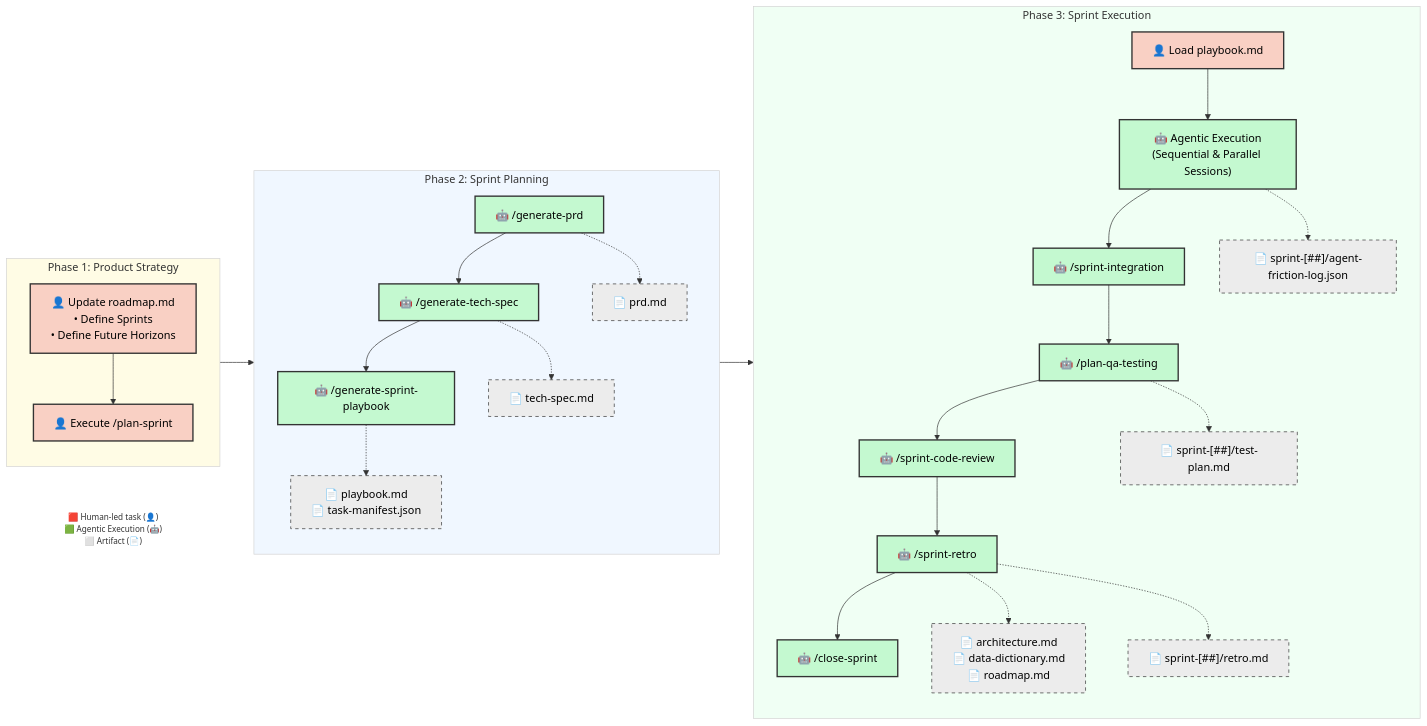
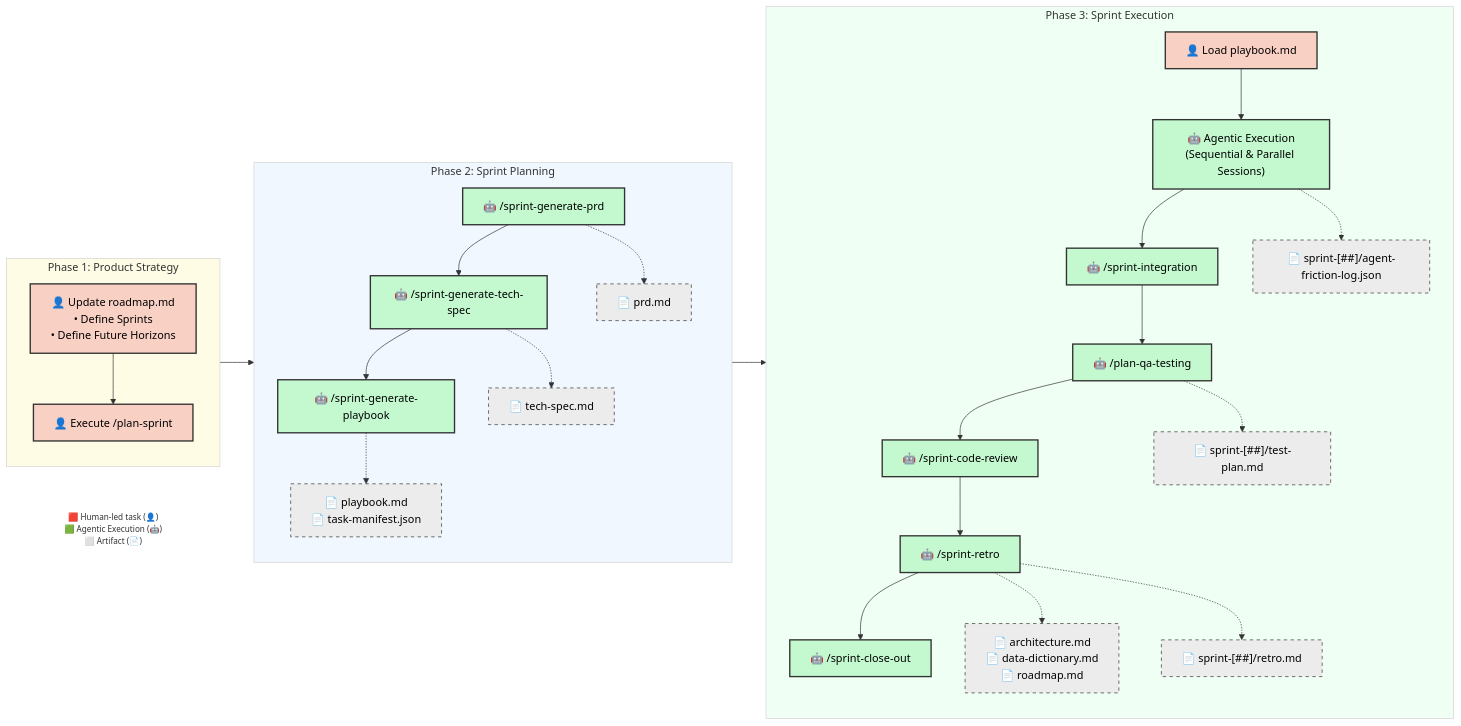
Before and after one commit to dsj1984/agent-protocols: the diagram in .agents/SDLC.md, drawn with Mermaid. The commit also changed other lines of this file and 33 other files, not shown here.

````diff
--- a/.agents/SDLC.md
+++ b/.agents/SDLC.md
@@ -22,64 +22,64 @@
 ```mermaid
     graph LR
     classDef manual fill:#f9d0c4,stroke:#333,stroke-width:2px,color:#000;
     classDef agentic fill:#c4f9d0,stroke:#333,stroke-width:2px,color:#000;
     classDef artifact fill:#ececec,stroke:#333,stroke-width:1px,stroke-dasharray: 5 5,color:#000;
     classDef LegendNode fill:transparent,stroke:transparent,font-size:12px;
 
     %% Legend
     Legend["🟥 Human-led task (👤)<br/>🟩 Agentic Execution (🤖)<br/>⬜ Artifact (📄)"]:::LegendNode
 
     %% Phase 1: Product Strategy
     subgraph Phase1 ["Phase 1: Product Strategy"]
         direction TB
         B["👤 Update roadmap.md<br/>• Define Sprints<br/>• Define Future Horizons"]:::manual
         D["👤 Execute /plan-sprint"]:::manual
         B --> D
     end
 
     %% Phase 2: Automated Planning
     subgraph Phase2 ["Phase 2: Sprint Planning"]
         direction TB
-        F["🤖 /generate-prd"]:::agentic
-        G["🤖 /generate-tech-spec"]:::agentic
-        H["🤖 /generate-sprint-playbook"]:::agentic
+        F["🤖 /sprint-generate-prd"]:::agentic
+        G["🤖 /sprint-generate-tech-spec"]:::agentic
+        H["🤖 /sprint-generate-playbook"]:::agentic
 
         F --> G
         G --> H
 
         F -.-> F_Art["📄 prd.md"]:::artifact
         G -.-> G_Art["📄 tech-spec.md"]:::artifact
         H -.-> H_Art["📄 playbook.md<br/>📄 task-manifest.json"]:::artifact
     end
 
     %% Phase 3: Execution & Closure
     subgraph Phase3 ["Phase 3: Sprint Execution"]
         direction TB
         I["👤 Load playbook.md"]:::manual
         J["🤖 Agentic Execution<br/>(Sequential & Parallel Sessions)"]:::agentic
         K["🤖 /sprint-integration"]:::agentic
         L["🤖 /plan-qa-testing"]:::agentic
         O["🤖 /sprint-code-review"]:::agentic
         P["🤖 /sprint-retro"]:::agentic
-        Q2["🤖 /close-sprint"]:::agentic
+        Q2["🤖 /sprint-close-out"]:::agentic
 
         I --> J
         J --> K
         K --> L
         L --> O
         O --> P
         P --> Q2
 
         L -.-> L_Art["📄 sprint-[##]/test-plan.md"]:::artifact
         J -.-> J_Log["📄 sprint-[##]/agent-friction-log.json"]:::artifact
         P -.-> Q["📄 architecture.md<br/>📄 data-dictionary.md<br/>📄 roadmap.md"]:::artifact
         P -.-> R["📄 sprint-[##]/retro.md"]:::artifact
     end
 
     style Phase1 fill:#fffce5,stroke:#d4d4d4,padding:0px
     style Phase2 fill:#f0f7ff,stroke:#d4d4d4,padding:0px
     style Phase3 fill:#f0fff4,stroke:#d4d4d4,padding:0px
 
     D --> F
     H_Art --> I
 ```
````
